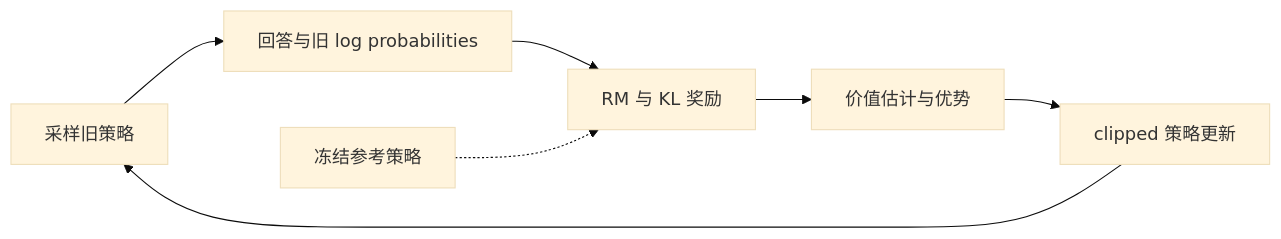
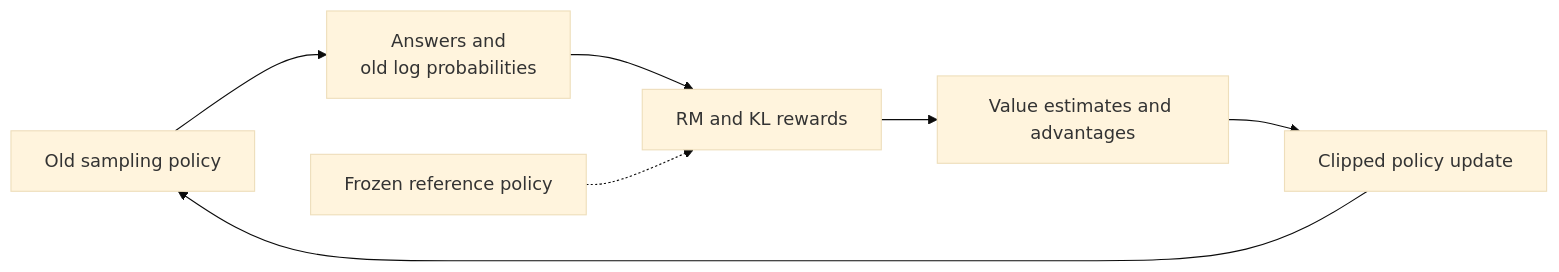
One commit to oneleaveknowsthefall/awesome-ai-roadmap changed the first of 2 diagrams in docs/llm/02-training-alignment/11-dpo-vs-ppo.md. Above: the diagram before and after it, drawn with Mermaid (base theme). The commit also changed other lines of this file and 92 other files, not shown here.

````diff
--- a/docs/llm/02-training-alignment/11-dpo-vs-ppo.md
+++ b/docs/llm/02-training-alignment/11-dpo-vs-ppo.md
@@ -99,9 +99,9 @@
 ```mermaid
 flowchart LR
-    P["采样旧策略"] --> DATA["回答与旧 log probabilities"]
-    DATA --> R["RM 与 KL 奖励"]
-    R --> V["价值估计与优势"]
-    V --> PPO["clipped 策略更新"]
+    P["Old sampling policy"] --> DATA["Answers and<br/>old log probabilities"]
+    DATA --> R["RM and KL rewards"]
+    R --> V["Value estimates and advantages"]
+    V --> PPO["Clipped policy update"]
     PPO --> P
-    REF["冻结参考策略"] -.-> R
+    REF["Frozen reference policy"] -.-> R
 ```
````
